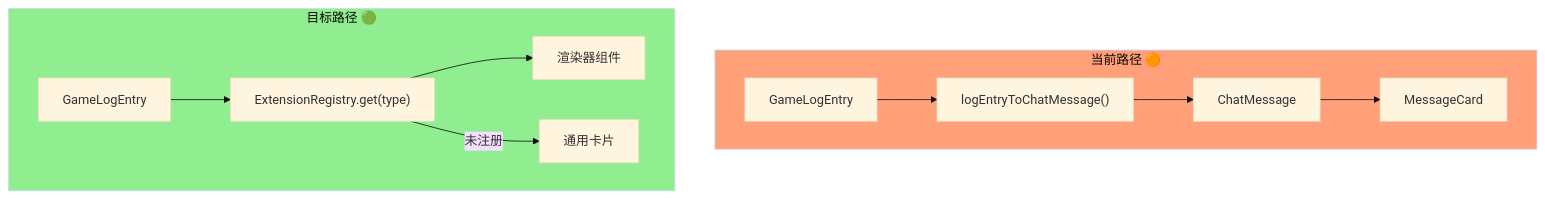
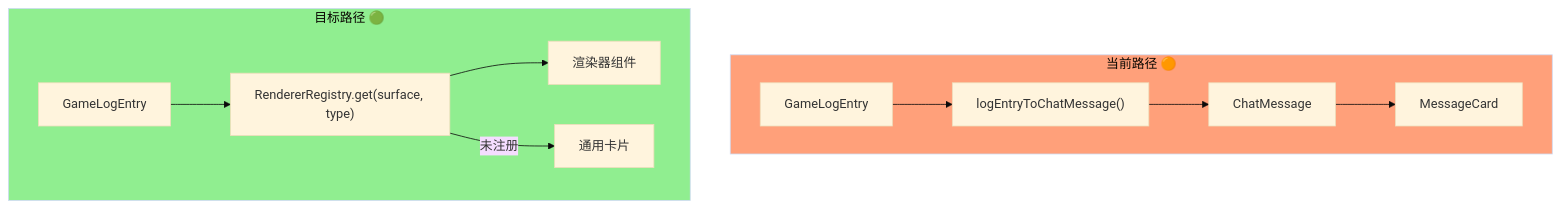
Diagram 11 of 18 in docs/design/17-插件系统演进路线.md (RidRisR/myVTT), drawn with Mermaid (base theme) before and after one commit. The commit also changed other lines of this file and 61 other files, not shown here.

First line of the commit message:
feat: Sprint 2 — RNG purification, groupId, judgment entry, RendererRegistry (#174)

````diff
--- a/docs/design/17-插件系统演进路线.md
+++ b/docs/design/17-插件系统演进路线.md
@@ -434,14 +436,14 @@
 ```mermaid
 graph TD
     subgraph Current["当前路径 🟠"]
         GLE1["GameLogEntry"] --> CONV["logEntryToChatMessage()"] --> CM["ChatMessage"] --> MC["MessageCard"]
     end
 
     subgraph Target["目标路径 🟢"]
-        GLE2["GameLogEntry"] --> RR["ExtensionRegistry.get(type)"] --> RENDER["渲染器组件"]
+        GLE2["GameLogEntry"] --> RR["RendererRegistry.get(surface, type)"] --> RENDER["渲染器组件"]
         RR -->|未注册| FALLBACK["通用卡片"]
     end
 
     style Current fill:#FFA07A
     style Target fill:#90EE90
 ```
````
